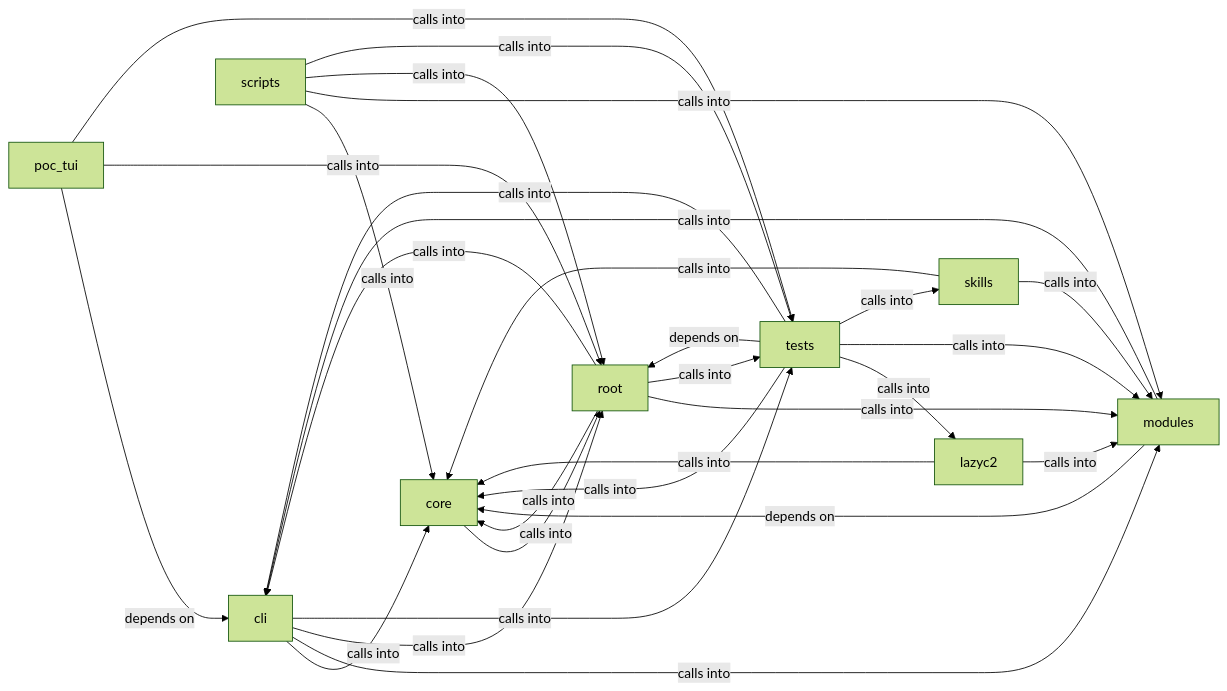
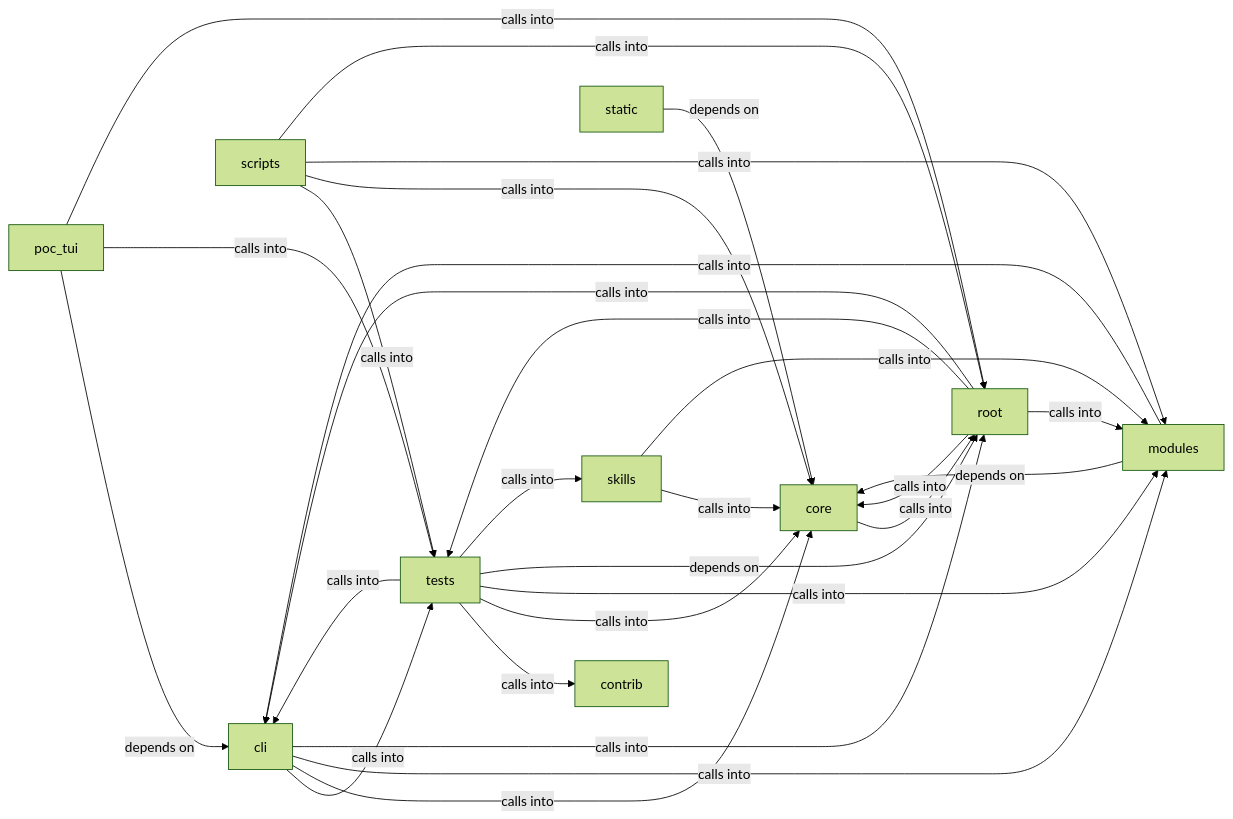
Before and after one commit to grisuno/LazyOwn: the diagram in readmenator-diagrams/modules_lazyown.md, drawn with Mermaid (forest theme). The commit also changed other lines of this file and 434 other files, not shown here.

````diff
--- a/readmenator-diagrams/modules_lazyown.md
+++ b/readmenator-diagrams/modules_lazyown.md
@@ -5,40 +5,40 @@
 ```mermaid
 graph LR
     cli["cli"]
+    contrib["contrib"]
     core["core"]
-    lazyc2["lazyc2"]
     modules["modules"]
     poc_tui["poc_tui"]
     root["root"]
     scripts["scripts"]
     skills["skills"]
+    static["static"]
     tests["tests"]
+    cli -- "calls into" --> tests
     cli -- "calls into" --> core
     cli -- "calls into" --> modules
     cli -- "calls into" --> root
-    cli -- "calls into" --> tests
+    tests -- "calls into" --> cli
+    tests -- "calls into" --> contrib
+    tests -- "calls into" --> core
+    tests -- "calls into" --> modules
+    tests -- "depends on" --> root
+    tests -- "calls into" --> skills
     core -- "calls into" --> root
-    lazyc2 -- "calls into" --> core
-    lazyc2 -- "calls into" --> modules
     modules -- "calls into" --> cli
     modules -- "depends on" --> core
     poc_tui -- "depends on" --> cli
+    poc_tui -- "calls into" --> tests
     poc_tui -- "calls into" --> root
-    poc_tui -- "calls into" --> tests
     root -- "calls into" --> cli
+    root -- "calls into" --> tests
     root -- "calls into" --> core
     root -- "calls into" --> modules
-    root -- "calls into" --> tests
+    scripts -- "calls into" --> tests
     scripts -- "calls into" --> core
     scripts -- "calls into" --> modules
     scripts -- "calls into" --> root
-    scripts -- "calls into" --> tests
     skills -- "calls into" --> core
     skills -- "calls into" --> modules
-    tests -- "calls into" --> cli
-    tests -- "calls into" --> core
-    tests -- "calls into" --> lazyc2
-    tests -- "calls into" --> modules
-    tests -- "depends on" --> root
-    tests -- "calls into" --> skills
+    static -- "depends on" --> core
 ```
````
